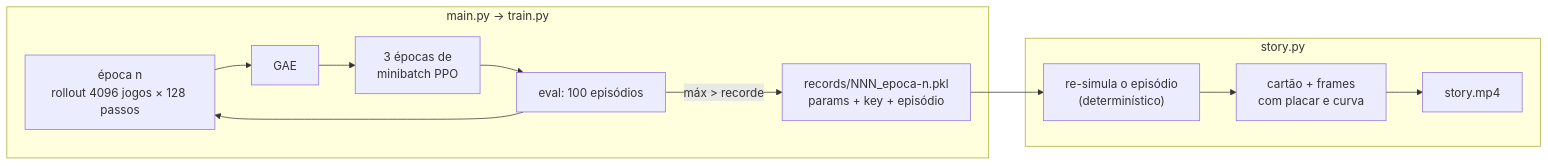
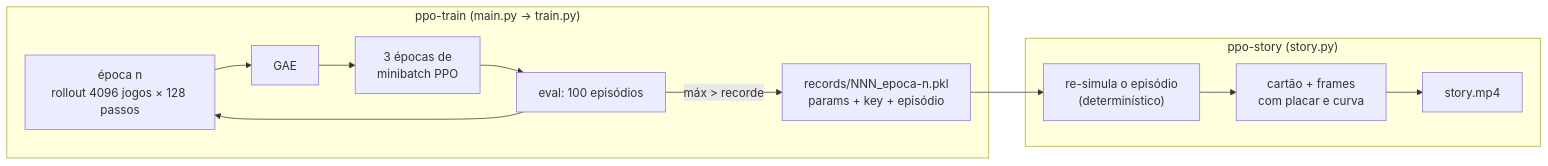
Before and after one commit to xrhd/mula: the diagram in projects/2026/ppo/README.md, drawn with Mermaid. The commit also changed other lines of this file and 12 other files, not shown here.

First line of the commit message:
refactor(ppo): pacote uv em src/ppo com comandos ppo-train/story/plot; target_tile no 2048

````diff
--- a/projects/2026/ppo/README.md
+++ b/projects/2026/ppo/README.md
@@ -44,12 +92,12 @@
 ```mermaid
 flowchart LR
-    subgraph treino ["main.py → train.py"]
+    subgraph treino ["ppo-train (main.py → train.py)"]
         A["época n<br/>rollout 4096 jogos × 128 passos"] --> B["GAE"] --> C["3 épocas de<br/>minibatch PPO"]
         C --> D["eval: 100 episódios"]
         D -->|"máx > recorde"| E["records/NNN_epoca-n.pkl<br/>params + key + episódio"]
         D --> A
     end
-    subgraph video ["story.py"]
+    subgraph video ["ppo-story (story.py)"]
         E --> F["re-simula o episódio<br/>(determinístico)"] --> G["cartão + frames<br/>com placar e curva"] --> H["story.mp4"]
     end
 ```
````
